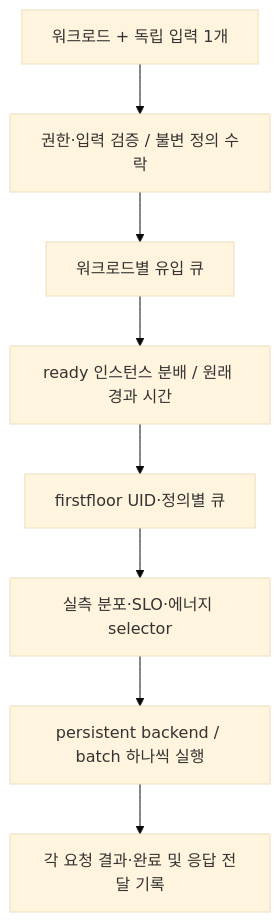
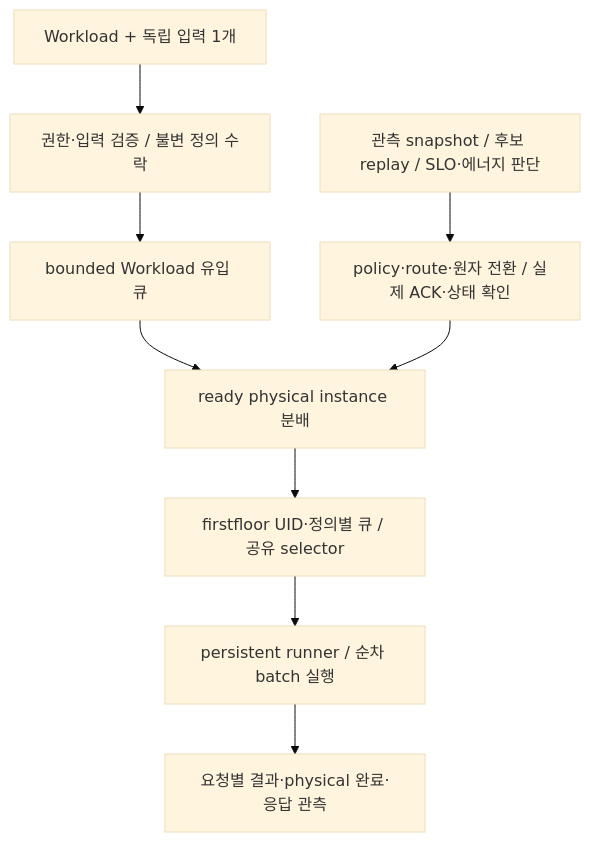
Before and after one commit to lab-paper-code/chill: the diagram in docs/design/serving/README.md, drawn with Mermaid (base theme). The commit also changed other lines of this file and 16 other files, not shown here.

````diff
--- a/docs/design/serving/README.md
+++ b/docs/design/serving/README.md
@@ -162,10 +34,11 @@
 ```mermaid
 flowchart TD
-    A["워크로드 + 독립 입력 1개"] --> B["권한·입력 검증 / 불변 정의 수락"]
-    B --> C["워크로드별 유입 큐"]
-    C --> D["ready 인스턴스 분배 / 원래 경과 시간"]
-    D --> E["firstfloor UID·정의별 큐"]
-    E --> F["실측 분포·SLO·에너지 selector"]
-    F --> G["persistent backend / batch 하나씩 실행"]
-    G --> H["각 요청 결과·완료 및 응답 전달 기록"]
+    A["Workload + 독립 입력 1개"] --> B["권한·입력 검증 / 불변 정의 수락"]
+    B --> C["bounded Workload 유입 큐"]
+    C --> D["ready physical instance 분배"]
+    D --> E["firstfloor UID·정의별 큐 / 공유 selector"]
+    E --> F["persistent runner / 순차 batch 실행"]
+    F --> G["요청별 결과·physical 완료·응답 관측"]
+    H["관측 snapshot / 후보 replay / SLO·에너지 판단"] --> I["policy·route·원자 전환 / 실제 ACK·상태 확인"]
+    I --> D
 ```
````
